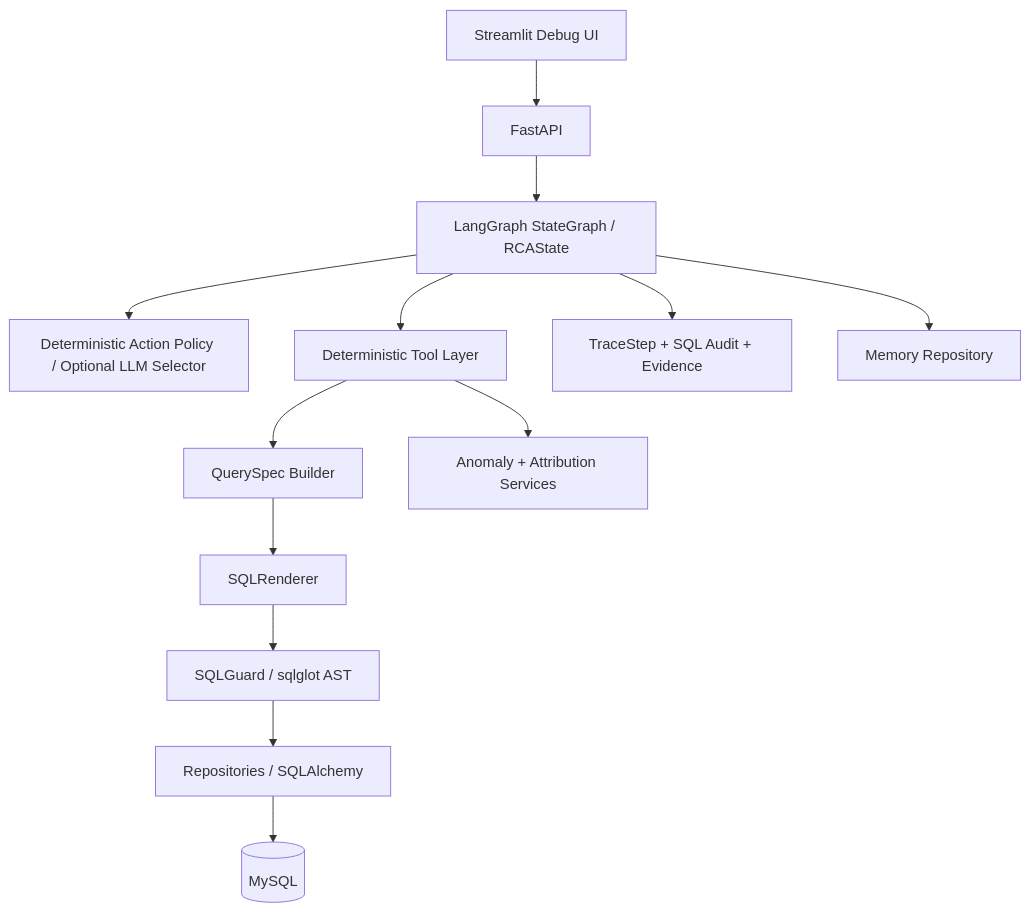
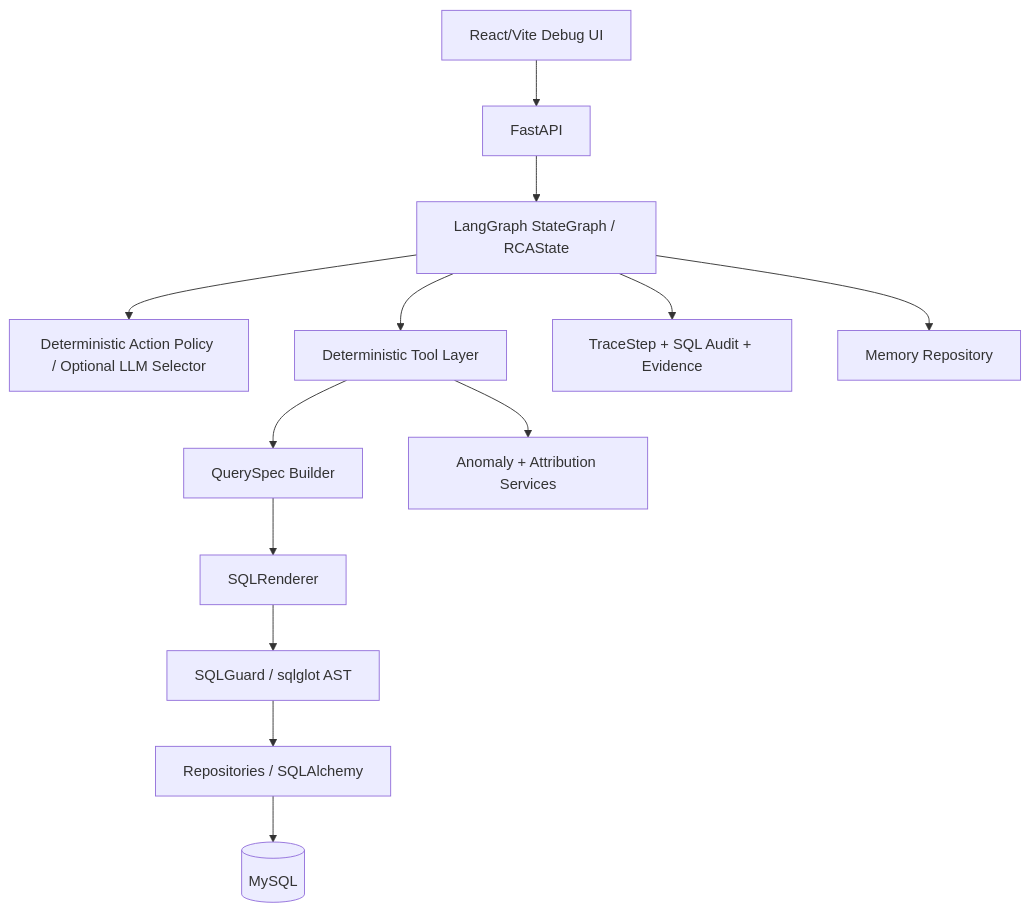
The first of 2 diagrams in docs/MetricRCA-roadmap-checklist.md (WOTMCCR/MetricRCA), drawn with Mermaid before and after one commit. The commit also changed other lines of this file and 21 other files, not shown here.

````diff
--- a/docs/MetricRCA-roadmap-checklist.md
+++ b/docs/MetricRCA-roadmap-checklist.md
@@ -138,15 +138,15 @@
 ```mermaid
 flowchart TB
-  UI[Streamlit Debug UI] --> API[FastAPI]
+  UI[React/Vite Debug UI] --> API[FastAPI]
   API --> GRAPH[LangGraph StateGraph / RCAState]
   GRAPH --> POLICY[Deterministic Action Policy / Optional LLM Selector]
   GRAPH --> TOOLS[Deterministic Tool Layer]
   TOOLS --> SPEC[QuerySpec Builder]
   SPEC --> RENDER[SQLRenderer]
   RENDER --> GUARD[SQLGuard / sqlglot AST]
   GUARD --> REPO[Repositories / SQLAlchemy]
   REPO --> DB[(MySQL)]
   TOOLS --> ALGO[Anomaly + Attribution Services]
   GRAPH --> TRACE[TraceStep + SQL Audit + Evidence]
   GRAPH --> MEM[Memory Repository]
 ```
````
